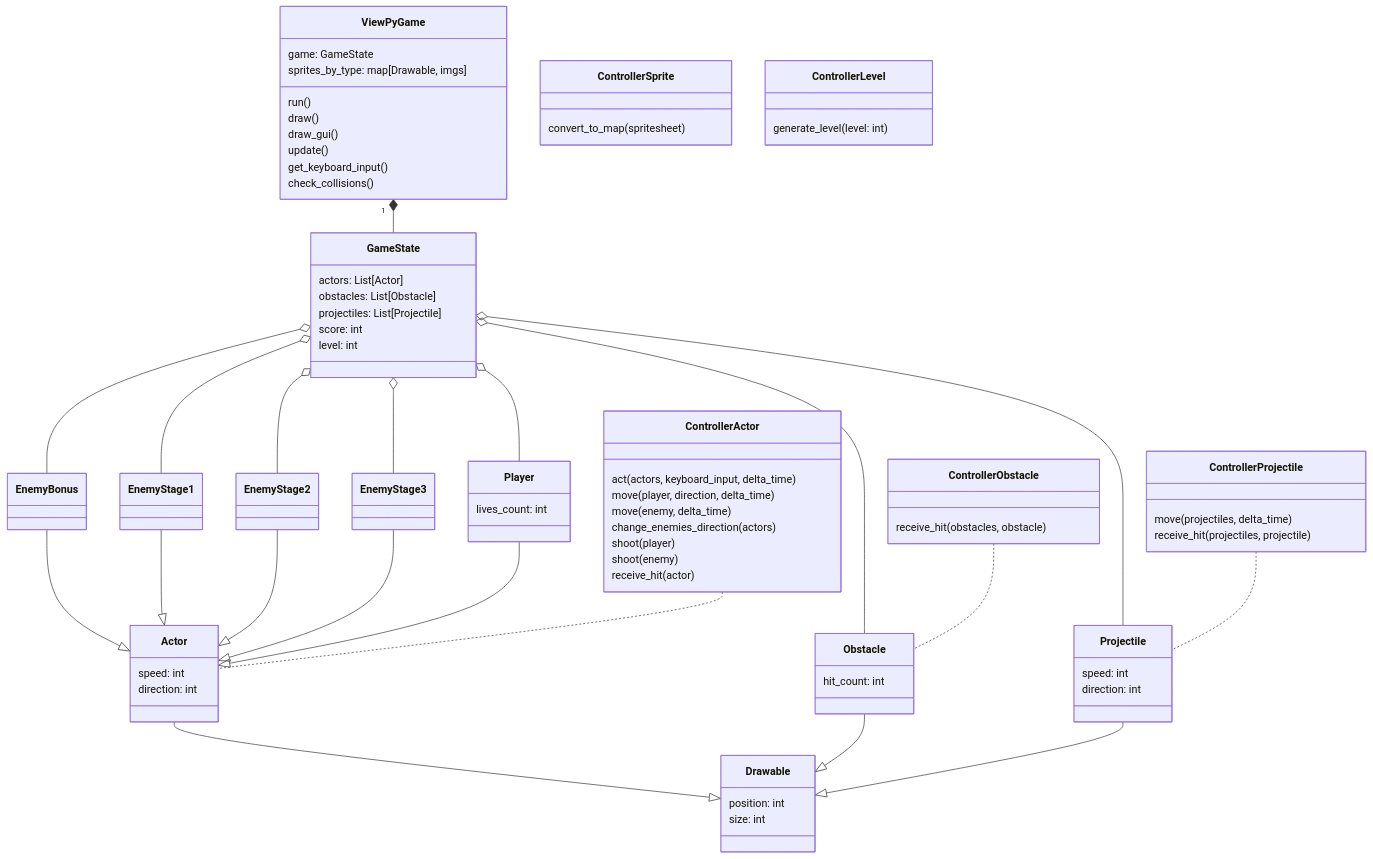
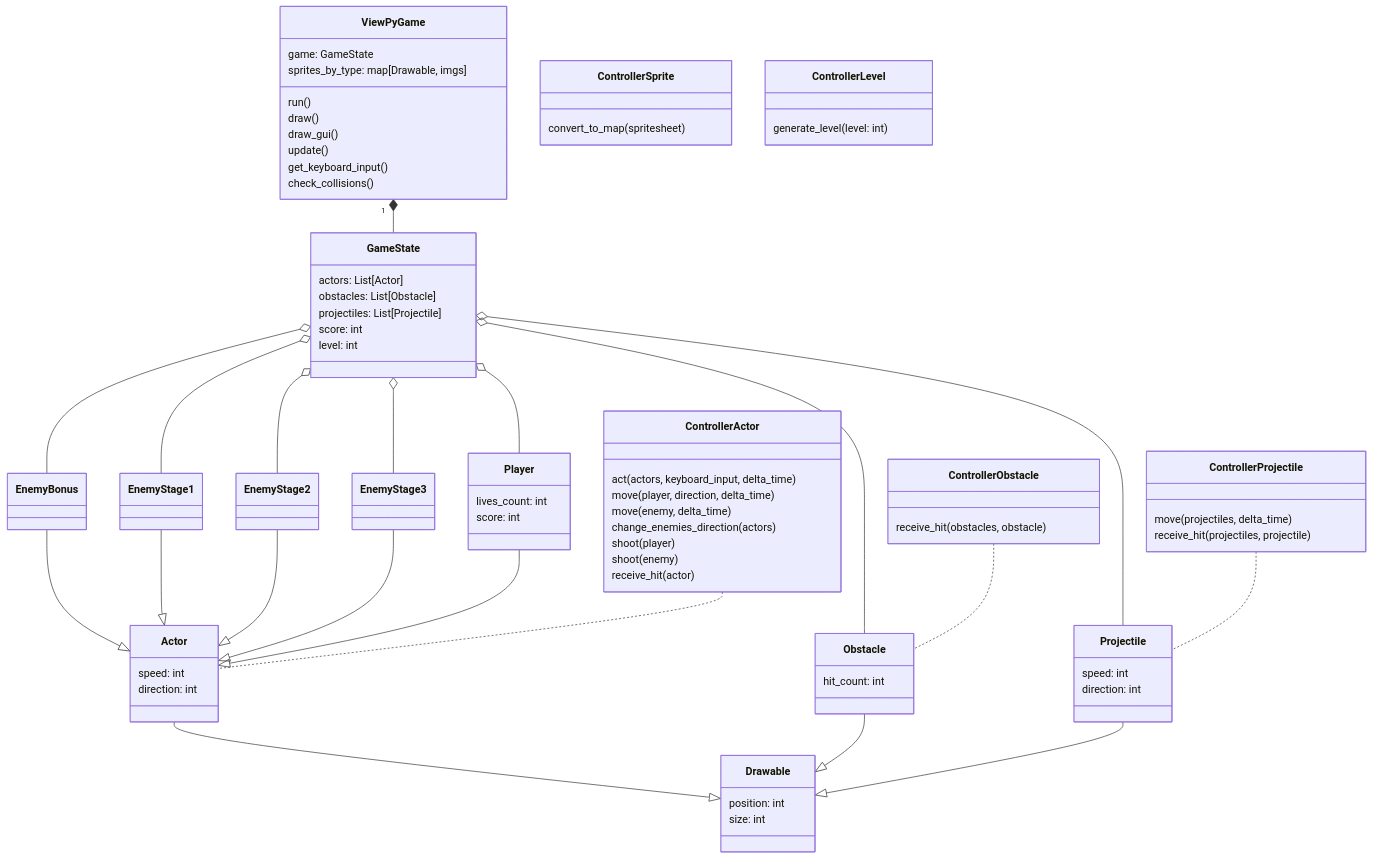
One commit to pukanjourpour/space-invaders changed the diagram in documentation/architecture.md. Above: the diagram before and after it, drawn with Mermaid. The commit also changed 41 other files, not shown here.

```diff
--- a/documentation/architecture.md
+++ b/documentation/architecture.md
@@ -79,6 +79,7 @@
 
     class Player{
         lives_count: int
+        score: int
     }
 
     class Obstacle{
```
